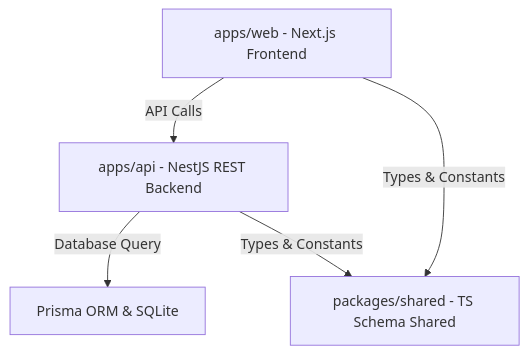
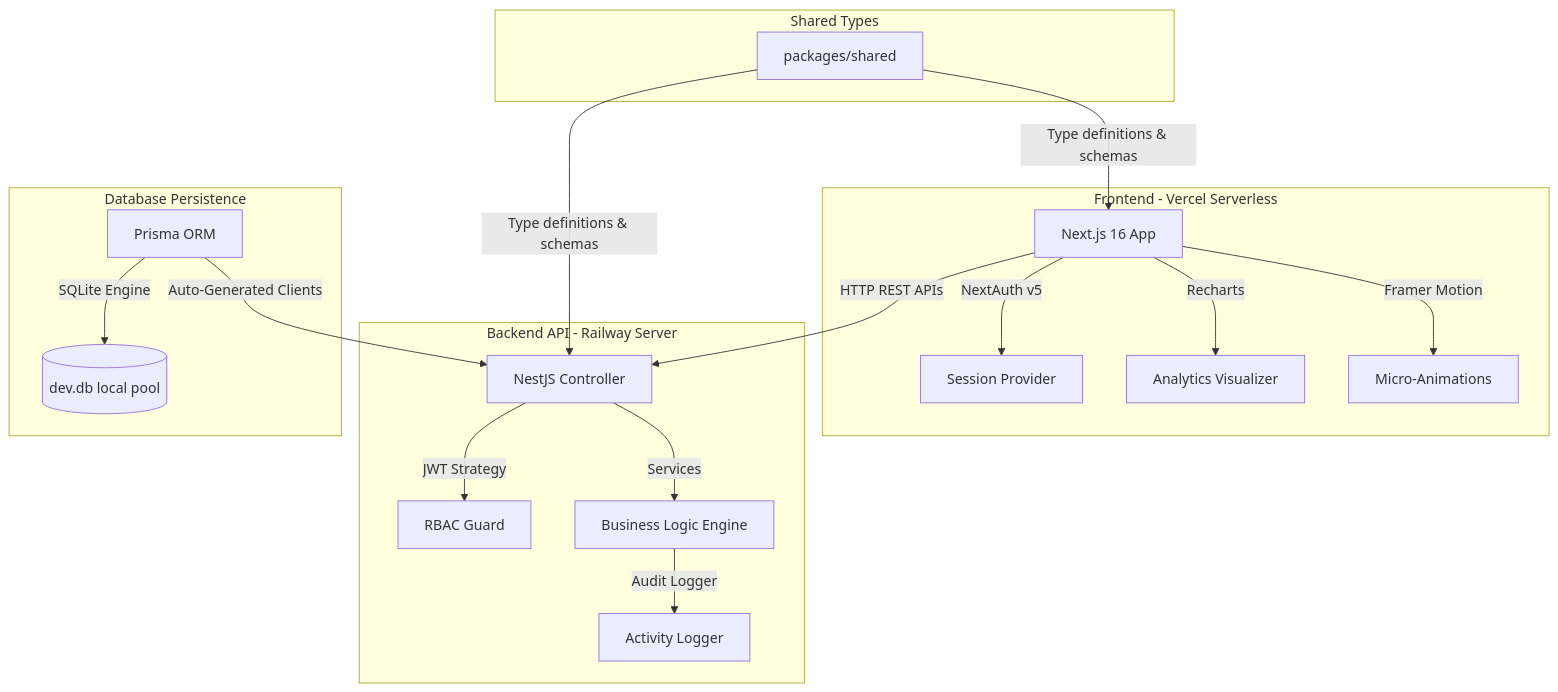
The diagram in README.md (keshav2101/atomquest-portal), drawn with Mermaid before and after one commit. The commit also changed other lines of this file and 2 other files, not shown here.

Commit message:
docs: add screenshots and finalize masterpiece README with live Vercel link

````diff
--- a/README.md
+++ b/README.md
@@ -21,7 +30,26 @@
 ```mermaid
-graph TD
-    A[apps/web - Next.js Frontend] -->|API Calls| B[apps/api - NestJS REST Backend]
-    B -->|Database Query| C[Prisma ORM & SQLite]
-    A -->|Types & Constants| D[packages/shared - TS Schema Shared]
-    B -->|Types & Constants| D
+flowchart TB
+    subgraph Client Layer [Frontend - Vercel Serverless]
+        A[Next.js 16 App] -->|NextAuth v5| A1[Session Provider]
+        A -->|Recharts| A2[Analytics Visualizer]
+        A -->|Framer Motion| A3[Micro-Animations]
+    end
+
+    subgraph Service Layer [Backend API - Railway Server]
+        B[NestJS Controller] -->|JWT Strategy| B1[RBAC Guard]
+        B -->|Services| B2[Business Logic Engine]
+        B2 -->|Audit Logger| B3[Activity Logger]
+    end
+
+    subgraph Schema Layer [Shared Types]
+        D[packages/shared] -->|Type definitions & schemas| A
+        D -->|Type definitions & schemas| B
+    end
+
+    subgraph Data Layer [Database Persistence]
+        E[Prisma ORM] -->|Auto-Generated Clients| B
+        E -->|SQLite Engine| F[(dev.db local pool)]
+    end
+
+    A -->|HTTP REST APIs| B
 ```
````
